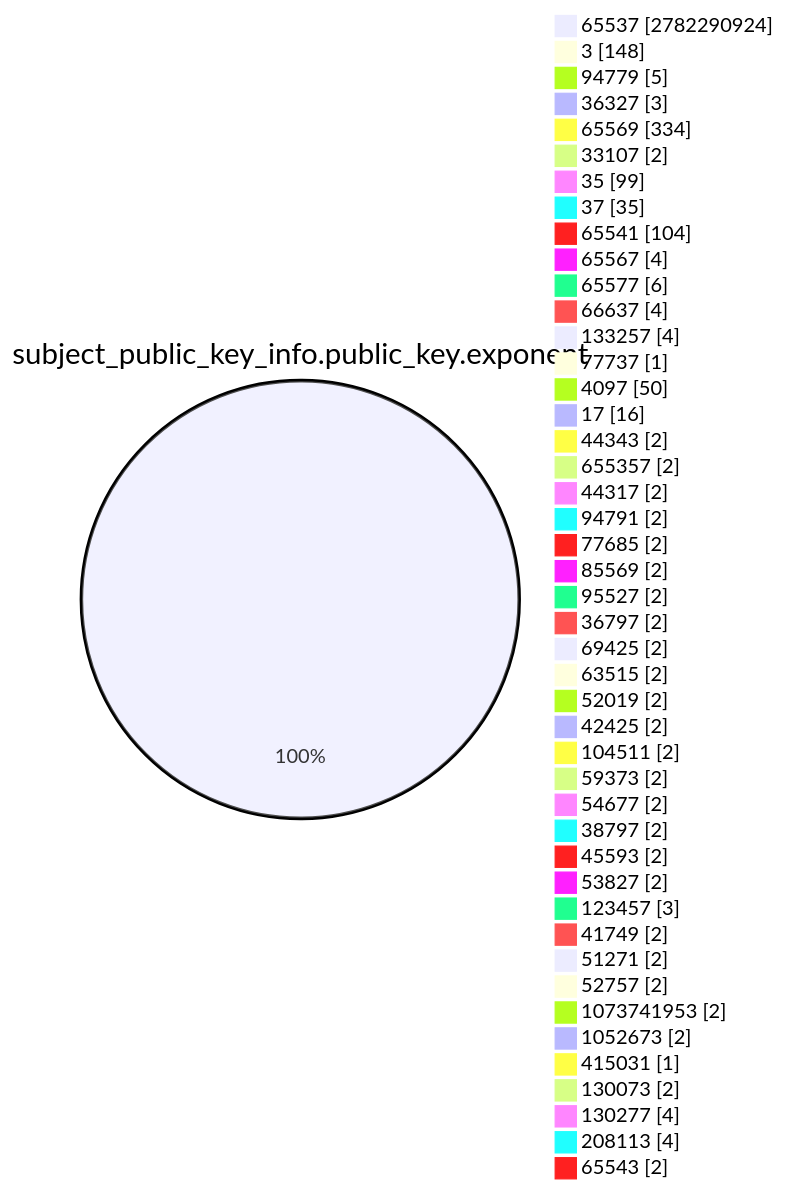
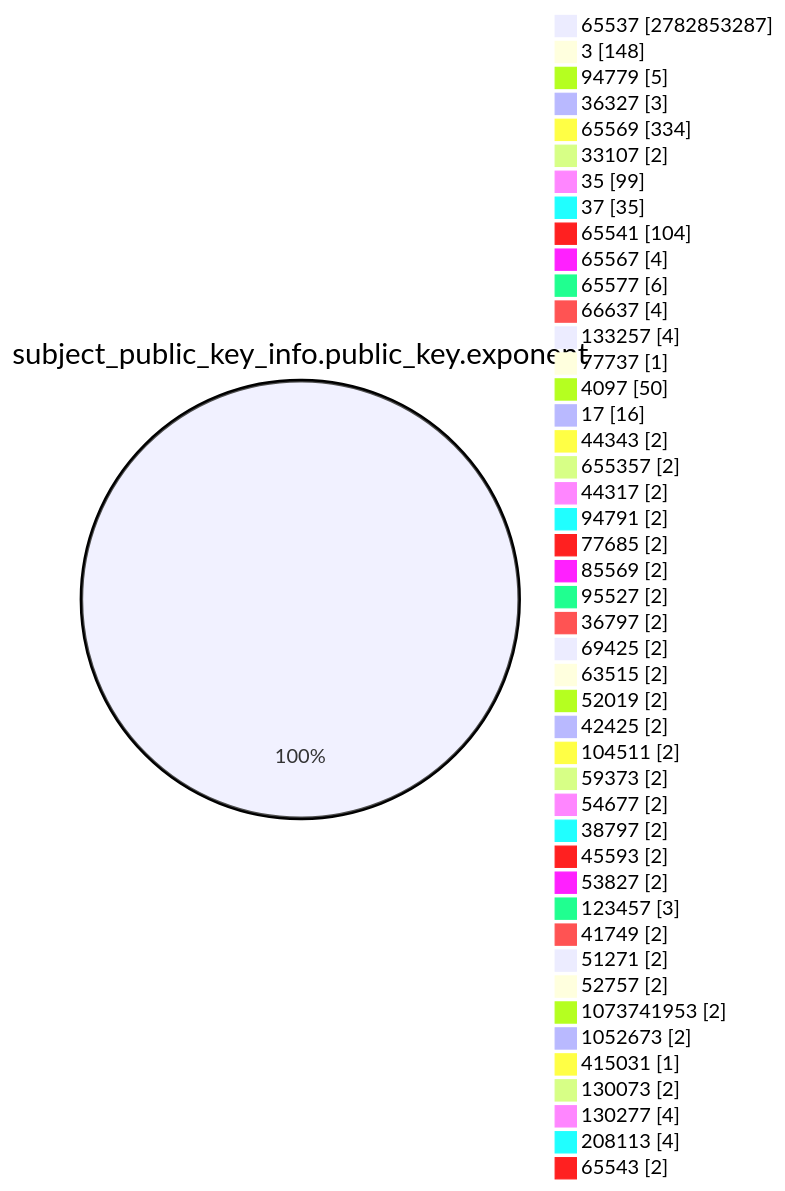
The fourth of 15 diagrams in TOTAL/README.md (christiankrug/ctmonitor_visualization), drawn with Mermaid before and after one commit. The commit also changed other lines of this file, not shown here.

````diff
--- a/TOTAL/README.md
+++ b/TOTAL/README.md
@@ -1467,49 +1467,49 @@
 ```mermaid
 pie showData
 title subject_public_key_info.public_key.exponent
-"65537" :2782290924
+"65537" :2782853287
 "3" :148
 "94779" :5
 "36327" :3
 "65569" :334
 "33107" :2
 "35" :99
 "37" :35
 "65541" :104
 "65567" :4
 "65577" :6
 "66637" :4
 "133257" :4
 "77737" :1
 "4097" :50
 "17" :16
 "44343" :2
 "655357" :2
 "44317" :2
 "94791" :2
 "77685" :2
 "85569" :2
 "95527" :2
 "36797" :2
 "69425" :2
 "63515" :2
 "52019" :2
 "42425" :2
 "104511" :2
 "59373" :2
 "54677" :2
 "38797" :2
 "45593" :2
 "53827" :2
 "123457" :3
 "41749" :2
 "51271" :2
 "52757" :2
 "1073741953" :2
 "1052673" :2
 "415031" :1
 "130073" :2
 "130277" :4
 "208113" :4
 "65543" :2
 ```
````
